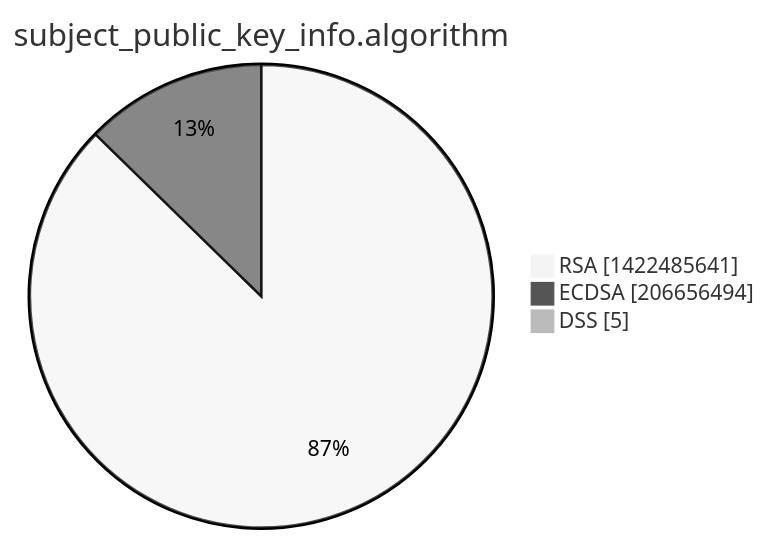
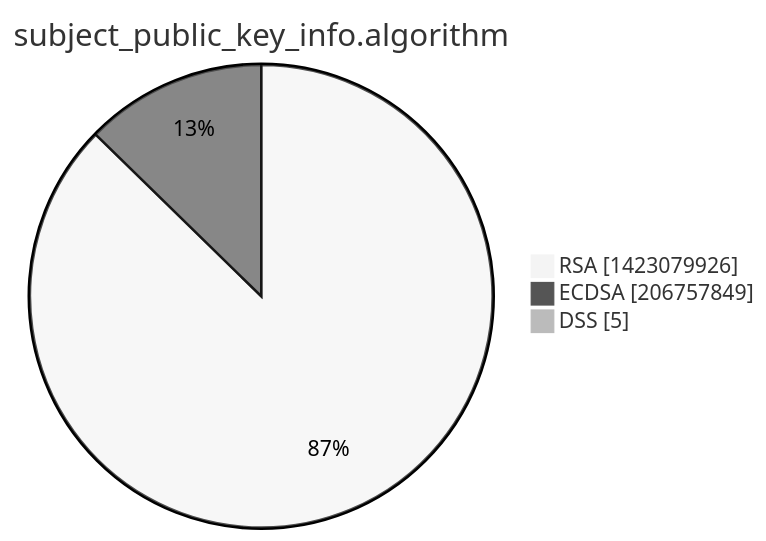
One commit to christiankrug/ctmonitor_visualization changed the third of 15 diagrams in xenon2022/README.md. Above: the diagram before and after it, drawn with Mermaid (neutral theme). The commit also changed other lines of this file, not shown here.

````diff
--- a/xenon2022/README.md
+++ b/xenon2022/README.md
@@ -14,7 +14,7 @@
 ```mermaid
 pie showData
 title subject_public_key_info.algorithm
-"RSA" :1422485641
-"ECDSA" :206656494
+"RSA" :1423079926
+"ECDSA" :206757849
 "DSS" :5
 ```
````
